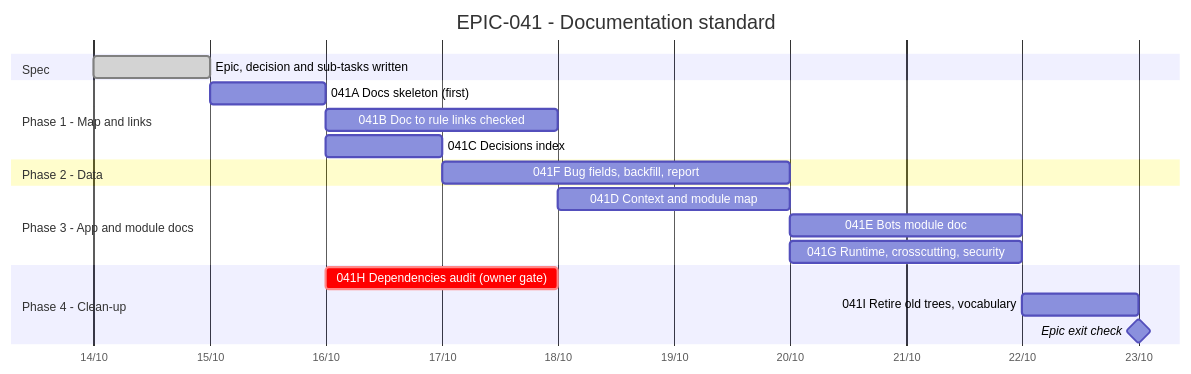
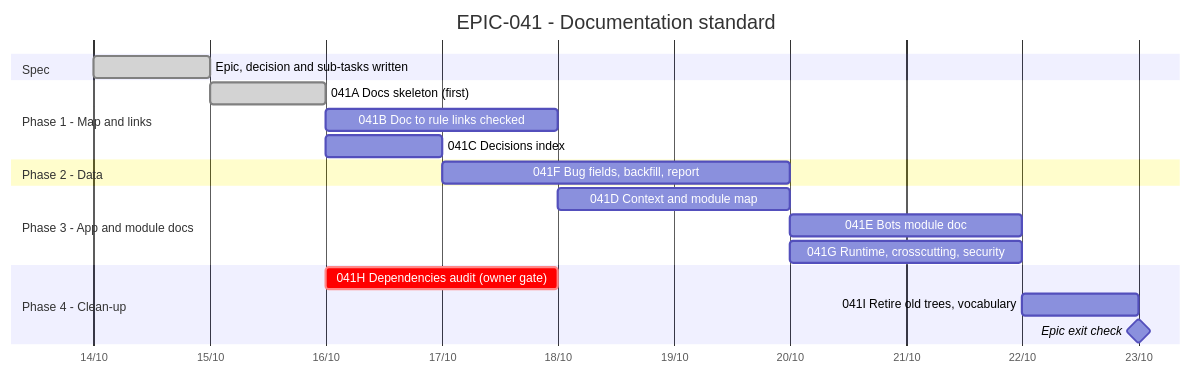
One commit to anhembedded/Sagittarius_Elite_Warrior changed the diagram in Tasks/epics/EPIC-041_documentation_standard/TRACKING.md. Above: the diagram before and after it, drawn with Mermaid. The commit also changed other lines of this file and 68 other files, not shown here.

````diff
--- a/Tasks/epics/EPIC-041_documentation_standard/TRACKING.md
+++ b/Tasks/epics/EPIC-041_documentation_standard/TRACKING.md
@@ -14,27 +14,27 @@
 ```mermaid
 gantt
     title EPIC-041 - Documentation standard
     dateFormat  YYYY-MM-DD
     axisFormat  %d/%m
 
     section Spec
     Epic, decision and sub-tasks written  :done,    s1, 2026-10-14, 1d
 
     section Phase 1 - Map and links
-    041A Docs skeleton (first)           :         a, after s1, 1d
+    041A Docs skeleton (first)           :done,    a, after s1, 1d
     041B Doc to rule links checked        :         b, after a, 2d
     041C Decisions index                  :         c, after a, 1d
 
     section Phase 2 - Data
     041F Bug fields, backfill, report     :         f, after c, 3d
 
     section Phase 3 - App and module docs
     041D Context and module map           :         d, after b, 2d
     041E Bots module doc                  :         e, after d, 2d
     041G Runtime, crosscutting, security  :         g, after d, 2d
 
     section Phase 4 - Clean-up
     041H Dependencies audit (owner gate)  :crit,    h, after a, 2d
     041I Retire old trees, vocabulary     :         i, after e g, 1d
     Epic exit check                       :milestone, m, after i, 0d
 ```
````
